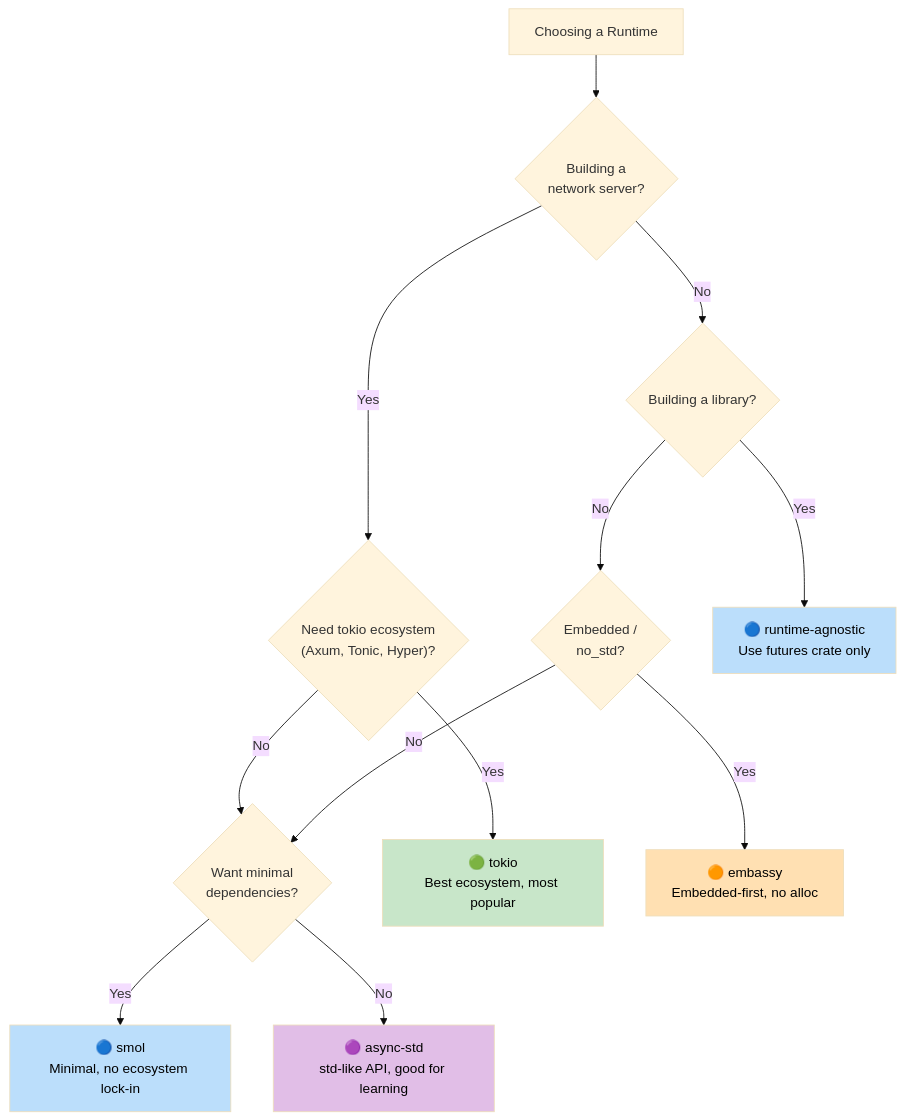
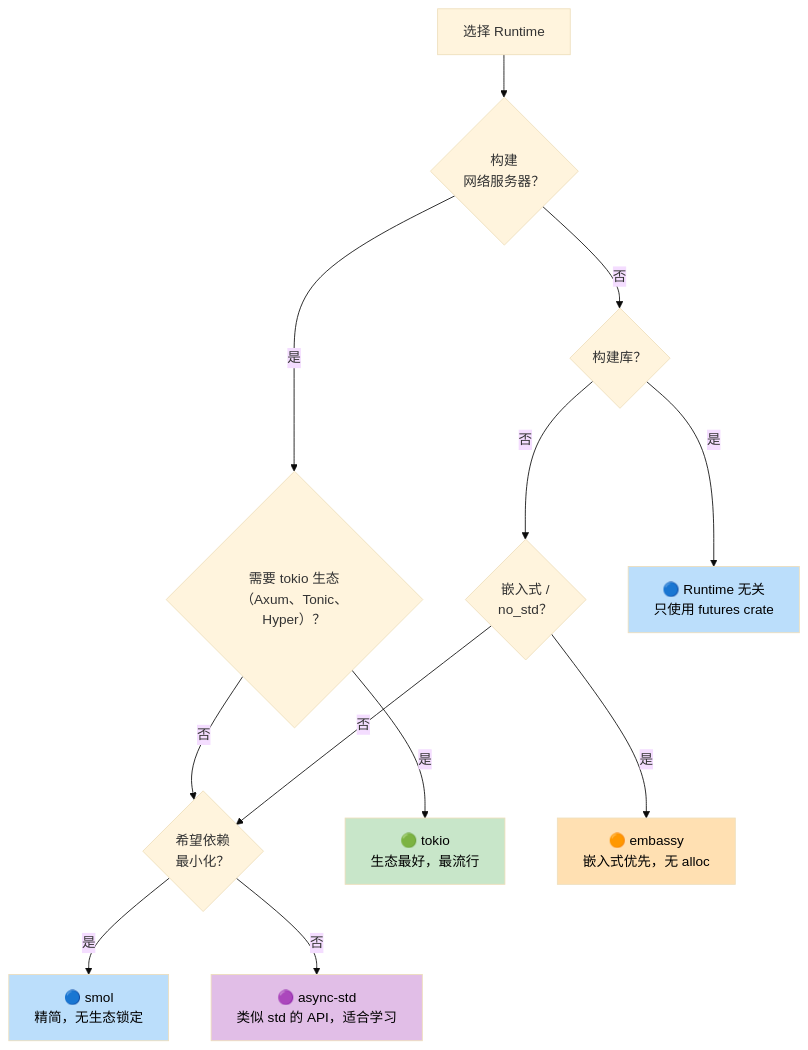
Before and after one commit to hearsay316/RustTraining: the third of 3 diagrams in async-book/src-zh/ch07-executors-and-runtimes.md, drawn with Mermaid (base theme). The commit also changed other lines of this file and 18 other files, not shown here.

````diff
--- a/async-book/src-zh/ch07-executors-and-runtimes.md
+++ b/async-book/src-zh/ch07-executors-and-runtimes.md
@@ -230,34 +230,34 @@
 ```mermaid
 graph TD
-    START["Choosing a Runtime"]
+    START["选择 Runtime"]
 
-    Q1{"Building a<br/>network server?"}
-    Q2{"Need tokio ecosystem<br/>(Axum, Tonic, Hyper)?"}
-    Q3{"Building a library?"}
-    Q4{"Embedded /<br/>no_std?"}
-    Q5{"Want minimal<br/>dependencies?"}
+    Q1{"构建<br/>网络服务器？"}
+    Q2{"需要 tokio 生态<br/>（Axum、Tonic、Hyper）？"}
+    Q3{"构建库？"}
+    Q4{"嵌入式 /<br/>no_std？"}
+    Q5{"希望依赖<br/>最小化？"}
 
-    TOKIO["🟢 tokio<br/>Best ecosystem, most popular"]
-    SMOL["🔵 smol<br/>Minimal, no ecosystem lock-in"]
-    EMBASSY["🟠 embassy<br/>Embedded-first, no alloc"]
-    ASYNC_STD["🟣 async-std<br/>std-like API, good for learning"]
-    AGNOSTIC["🔵 runtime-agnostic<br/>Use futures crate only"]
+    TOKIO["🟢 tokio<br/>生态最好，最流行"]
+    SMOL["🔵 smol<br/>精简，无生态锁定"]
+    EMBASSY["🟠 embassy<br/>嵌入式优先，无 alloc"]
+    ASYNC_STD["🟣 async-std<br/>类似 std 的 API，适合学习"]
+    AGNOSTIC["🔵 Runtime 无关<br/>只使用 futures crate"]
 
     START --> Q1
-    Q1 -->|Yes| Q2
-    Q1 -->|No| Q3
-    Q2 -->|Yes| TOKIO
-    Q2 -->|No| Q5
-    Q3 -->|Yes| AGNOSTIC
-    Q3 -->|No| Q4
-    Q4 -->|Yes| EMBASSY
-    Q4 -->|No| Q5
-    Q5 -->|Yes| SMOL
-    Q5 -->|No| ASYNC_STD
+    Q1 -->|是| Q2
+    Q1 -->|否| Q3
+    Q2 -->|是| TOKIO
+    Q2 -->|否| Q5
+    Q3 -->|是| AGNOSTIC
+    Q3 -->|否| Q4
+    Q4 -->|是| EMBASSY
+    Q4 -->|否| Q5
+    Q5 -->|是| SMOL
+    Q5 -->|否| ASYNC_STD
 
     style TOKIO fill:#c8e6c9,color:#000
     style SMOL fill:#bbdefb,color:#000
     style EMBASSY fill:#ffe0b2,color:#000
     style ASYNC_STD fill:#e1bee7,color:#000
     style AGNOSTIC fill:#bbdefb,color:#000
 ```
````
